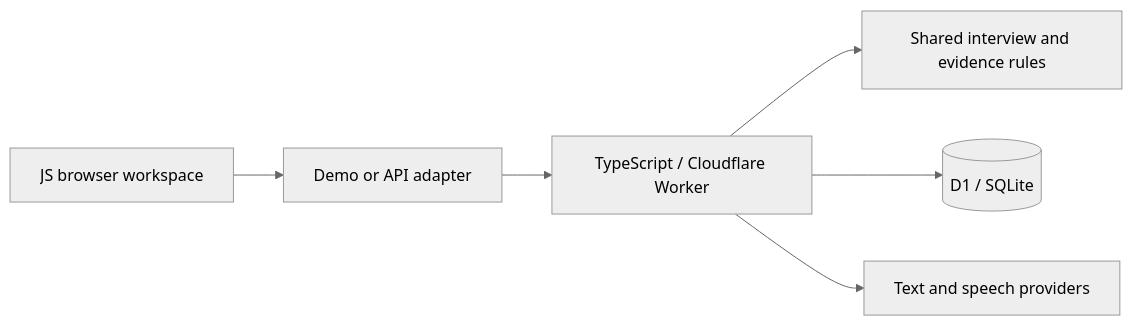
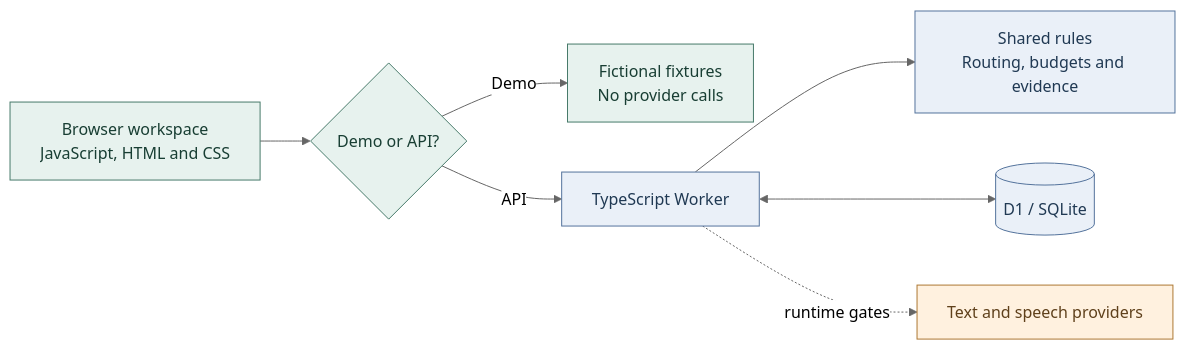
The second of 4 diagrams in README.md (cloviszhu/Playlogue), drawn with Mermaid (neutral theme) before and after one commit. The commit also changed other lines of this file, not shown here.

Commit message:
docs: map interview flow and evidence lifecycle in two languages [skip ci]

````diff
--- a/README.md
+++ b/README.md
@@ -36,8 +79,15 @@
 ```mermaid
 flowchart LR
-  UI[JS browser workspace] --> Adapter[Demo or API adapter]
-  Adapter --> Worker[TypeScript / Cloudflare Worker]
-  Worker --> State[Shared interview and evidence rules]
-  Worker --> DB[(D1 / SQLite)]
-  Worker --> Provider[Text and speech providers]
+    UI["Browser workspace<br/>JavaScript, HTML and CSS"] --> Adapter{"Demo or API?"}
+    Adapter -->|Demo| Fixture["Fictional fixtures<br/>No provider calls"]
+    Adapter -->|API| Worker["TypeScript Worker"]
+    Worker --> Rules["Shared rules<br/>Routing, budgets and evidence"]
+    Worker <--> DB[("D1 / SQLite")]
+    Worker -. runtime gates .-> Provider["Text and speech providers"]
+    classDef app fill:#E7F2EE,stroke:#477A6A,color:#183E33;
+    classDef server fill:#EAF0F8,stroke:#54739C,color:#203953;
+    classDef runtime fill:#FFF1DF,stroke:#AD7832,color:#5F401B;
+    class UI,Adapter,Fixture app;
+    class Worker,Rules,DB server;
+    class Provider runtime;
 ```
````
